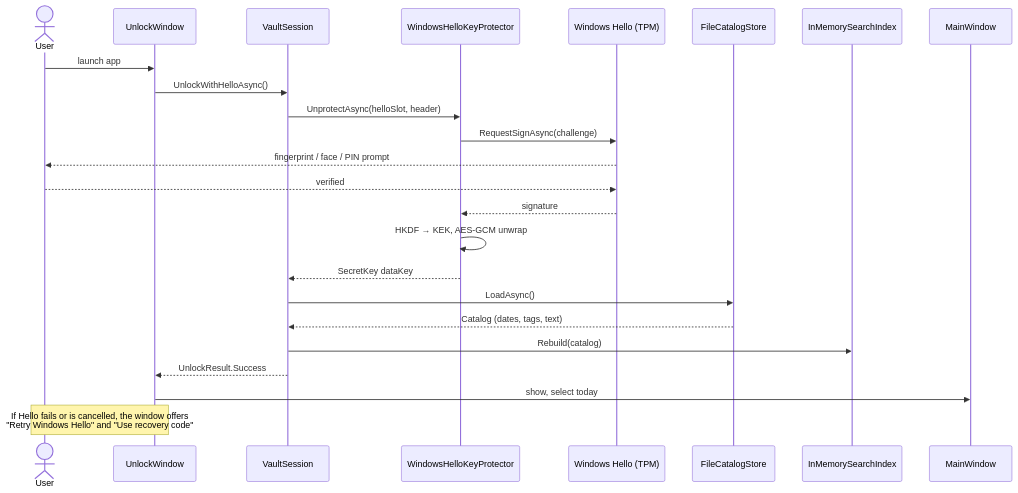
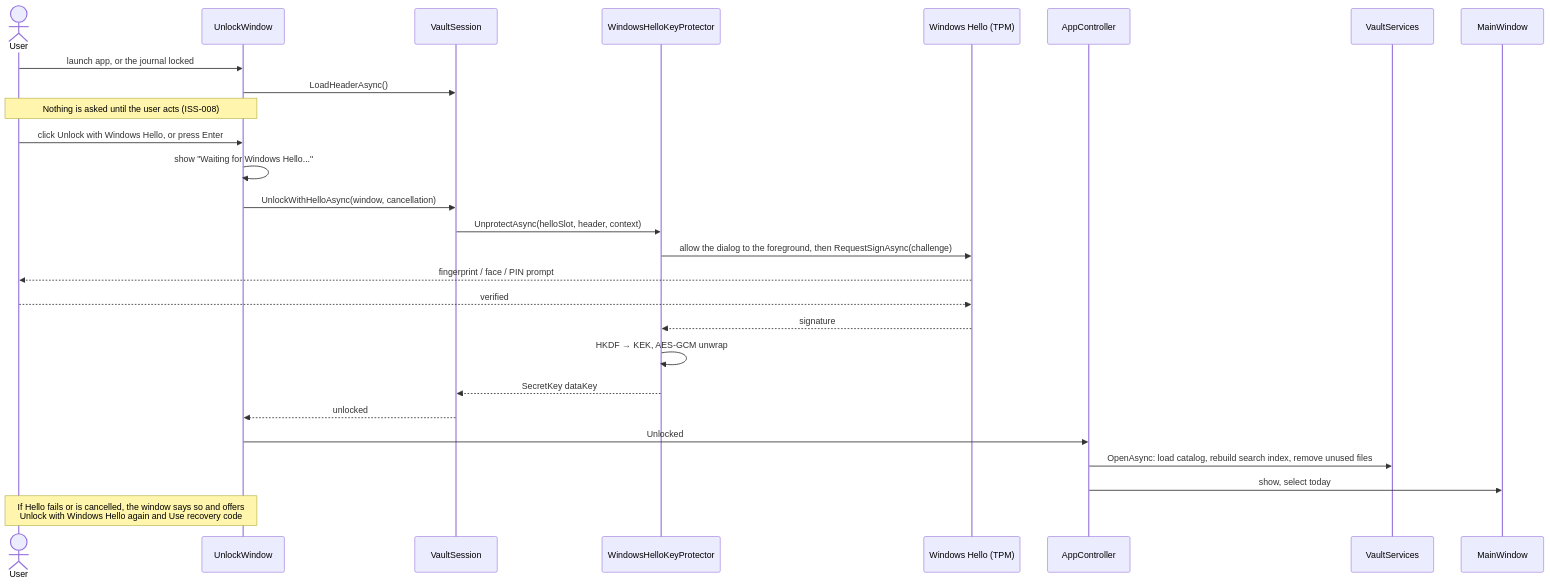
One commit to johnovanni/Journal changed the fifth of 8 diagrams in docs/Architecture.md. Above: the diagram before and after it, drawn with Mermaid. The commit also changed other lines of this file and 48 other files, not shown here.

````diff
--- a/docs/Architecture.md
+++ b/docs/Architecture.md
@@ -475,27 +511,30 @@
 ```mermaid
 sequenceDiagram
     actor User
     participant UW as UnlockWindow
     participant VS as VaultSession
     participant HP as WindowsHelloKeyProtector
     participant WH as Windows Hello (TPM)
-    participant CS as FileCatalogStore
-    participant SI as InMemorySearchIndex
+    participant AC as AppController
+    participant VC as VaultServices
     participant MW as MainWindow
 
-    User->>UW: launch app
-    UW->>VS: UnlockWithHelloAsync()
-    VS->>HP: UnprotectAsync(helloSlot, header)
-    HP->>WH: RequestSignAsync(challenge)
+    User->>UW: launch app, or the journal locked
+    UW->>VS: LoadHeaderAsync()
+    Note over UW,User: Nothing is asked until the user acts (ISS-008)
+    User->>UW: click Unlock with Windows Hello, or press Enter
+    UW->>UW: show "Waiting for Windows Hello..."
+    UW->>VS: UnlockWithHelloAsync(window, cancellation)
+    VS->>HP: UnprotectAsync(helloSlot, header, context)
+    HP->>WH: allow the dialog to the foreground, then RequestSignAsync(challenge)
     WH-->>User: fingerprint / face / PIN prompt
     User-->>WH: verified
     WH-->>HP: signature
     HP->>HP: HKDF → KEK, AES-GCM unwrap
     HP-->>VS: SecretKey dataKey
-    VS->>CS: LoadAsync()
-    CS-->>VS: Catalog (dates, tags, text)
-    VS->>SI: Rebuild(catalog)
-    VS-->>UW: UnlockResult.Success
-    UW->>MW: show, select today
-    Note over UW,User: If Hello fails or is cancelled, the window offers<br/>"Retry Windows Hello" and "Use recovery code"
+    VS-->>UW: unlocked
+    UW->>AC: Unlocked
+    AC->>VC: OpenAsync: load catalog, rebuild search index, remove unused files
+    AC->>MW: show, select today
+    Note over UW,User: If Hello fails or is cancelled, the window says so and offers<br/>Unlock with Windows Hello again and Use recovery code
 ```
````
